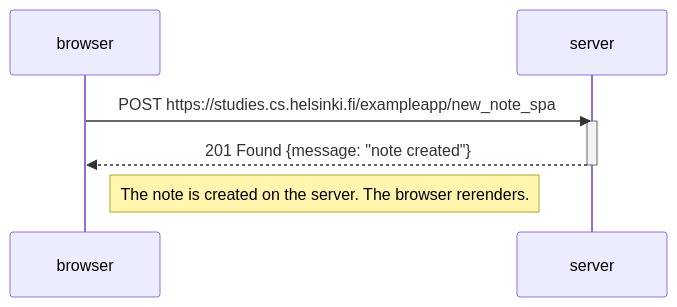
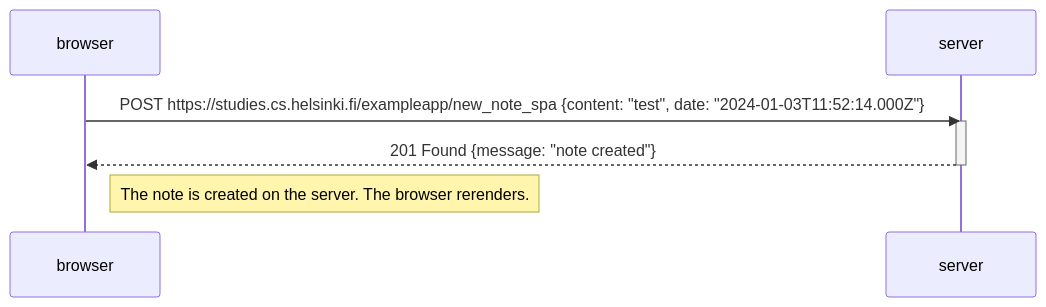
The diagram in part0/new_note_spa_diagram.md (maab19/FullStackExercises), drawn with Mermaid before and after one commit. The commit also changed 1 other file, not shown here.

````diff
--- a/part0/new_note_spa_diagram.md
+++ b/part0/new_note_spa_diagram.md
@@ -1,12 +1,12 @@
 ```mermaid
 sequenceDiagram
     participant browser
     participant server
 
-    browser->>server: POST https://studies.cs.helsinki.fi/exampleapp/new_note_spa
+    browser->>server: POST https://studies.cs.helsinki.fi/exampleapp/new_note_spa {content: "test", date: "2024-01-03T11:52:14.000Z"}
     activate server
     server-->>browser: 201 Found {message: "note created"}
     deactivate server
 
     Note right of browser: The note is created on the server. The browser rerenders.
 ```
````
